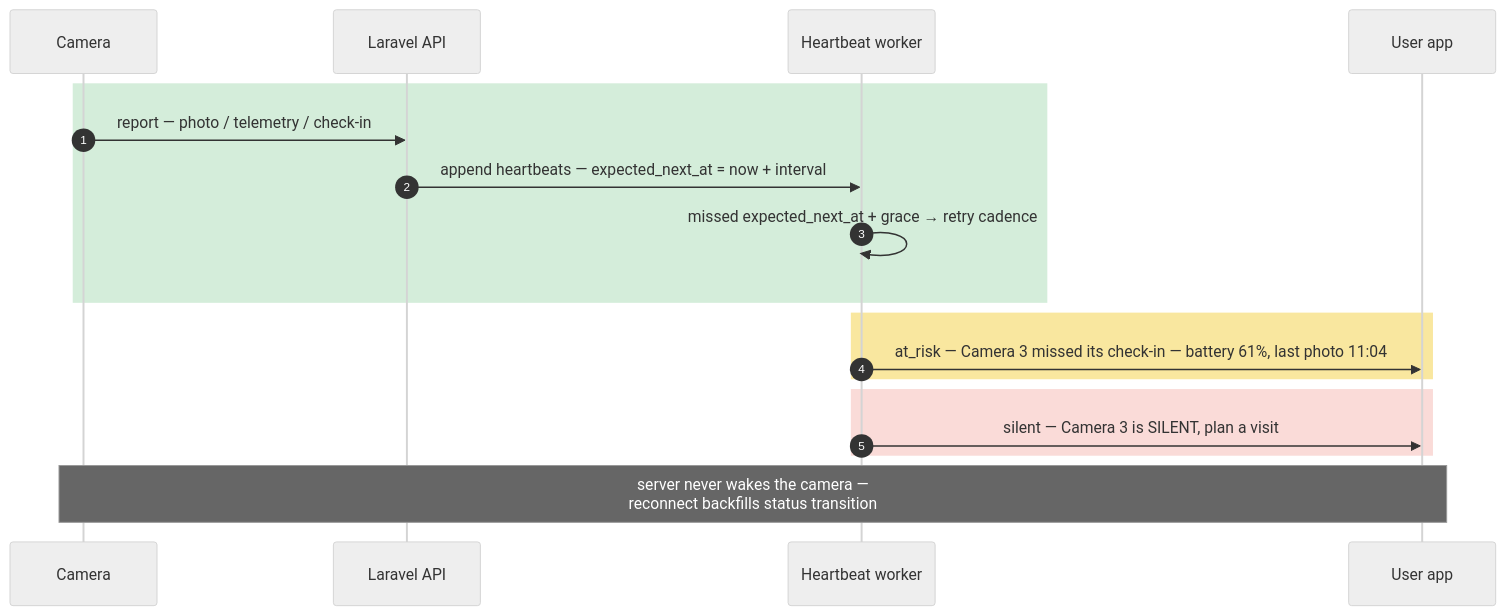
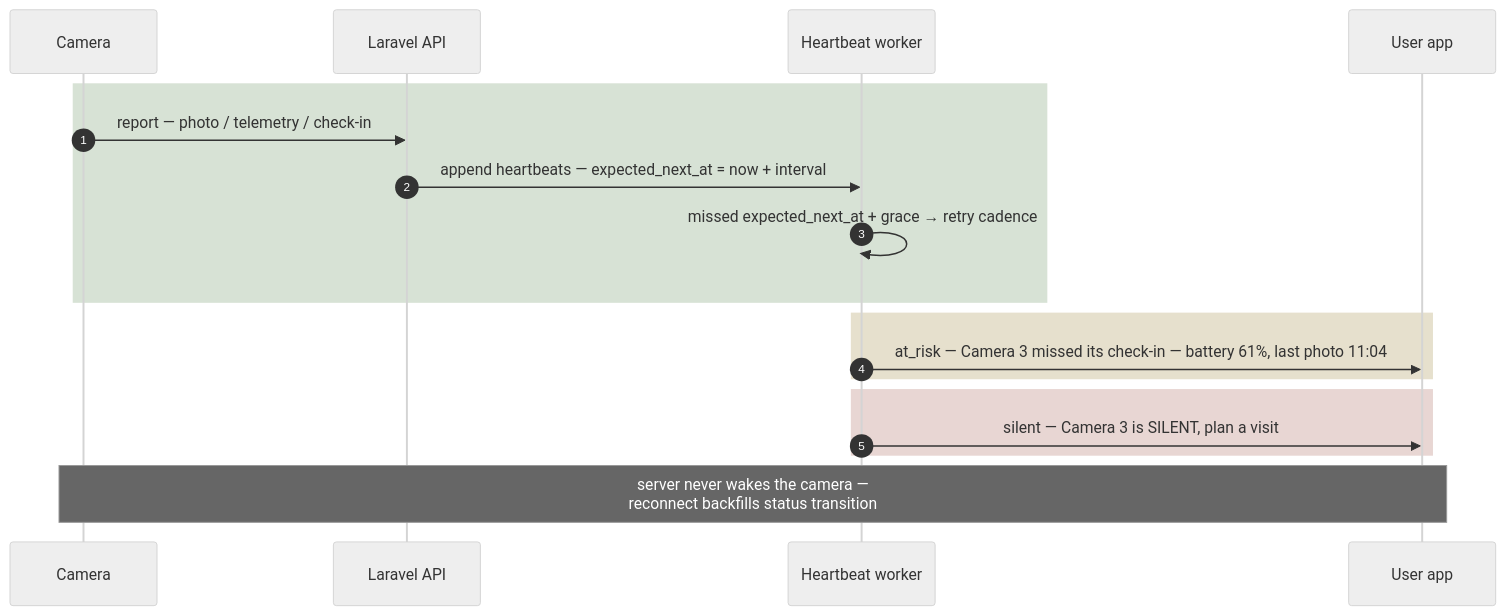
One commit to jambamamba/trailcam changed the third of 5 diagrams in docs/project-plan.md. Above: the diagram before and after it, drawn with Mermaid (neutral theme). The commit also changed other lines of this file, not shown here.

First line of the commit message:
Darken diagram fills for readability: dark backgrounds, bright text

````diff
--- a/docs/project-plan.md
+++ b/docs/project-plan.md
@@ -417,21 +417,21 @@
 ```mermaid
 sequenceDiagram
     autonumber
     participant C as Camera
     participant L as Laravel API
     participant H as Heartbeat worker
     participant U as User app
 
-    rect rgb(212, 237, 218)
+    rect rgb(215, 226, 213)
         C->>L: report — photo / telemetry / check-in
         L->>H: append heartbeats — expected_next_at = now + interval
         H->>H: missed expected_next_at + grace → retry cadence
     end
-    rect rgb(249, 231, 159)
+    rect rgb(230, 224, 205)
         H->>U: at_risk — Camera 3 missed its check-in — battery 61%, last photo 11:04
     end
-    rect rgb(250, 219, 216)
+    rect rgb(232, 214, 211)
         H->>U: silent — Camera 3 is SILENT, plan a visit
     end
     Note over C,U: server never wakes the camera —<br/>reconnect backfills status transition
 ```
````
